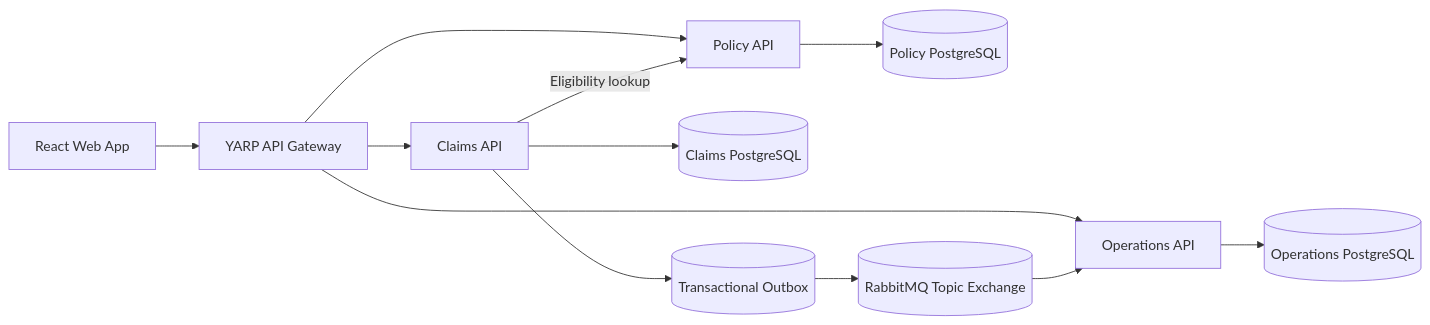
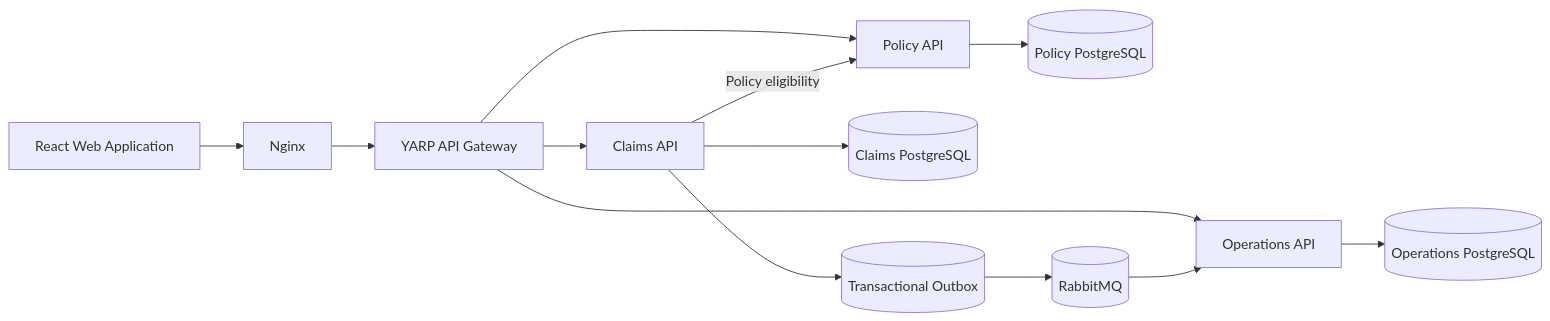
Before and after one commit to Sbadhon/agrisure-crop-insurance-platform: the diagram in README.md, drawn with Mermaid. The commit also changed other lines of this file and 3 other files, not shown here.

````diff
--- a/README.md
+++ b/README.md
@@ -24,17 +65,18 @@
 ```mermaid
 flowchart LR
-    UI[React Web App] --> GW[YARP API Gateway]
-    GW --> Policy[Policy API]
-    GW --> Claims[Claims API]
-    GW --> Ops[Operations API]
+    Browser[React Web Application] --> Web[Nginx]
+    Web --> Gateway[YARP API Gateway]
+
+    Gateway --> Policy[Policy API]
+    Gateway --> Claims[Claims API]
+    Gateway --> Operations[Operations API]
 
     Policy --> PolicyDb[(Policy PostgreSQL)]
     Claims --> ClaimsDb[(Claims PostgreSQL)]
-    Ops --> OpsDb[(Operations PostgreSQL)]
+    Operations --> OperationsDb[(Operations PostgreSQL)]
 
+    Claims -->|Policy eligibility| Policy
     Claims --> Outbox[(Transactional Outbox)]
-    Outbox --> Rabbit[(RabbitMQ Topic Exchange)]
-    Rabbit --> Ops
-
-    Claims -->|Eligibility lookup| Policy
+    Outbox --> RabbitMQ[(RabbitMQ)]
+    RabbitMQ --> Operations
 ```
````
